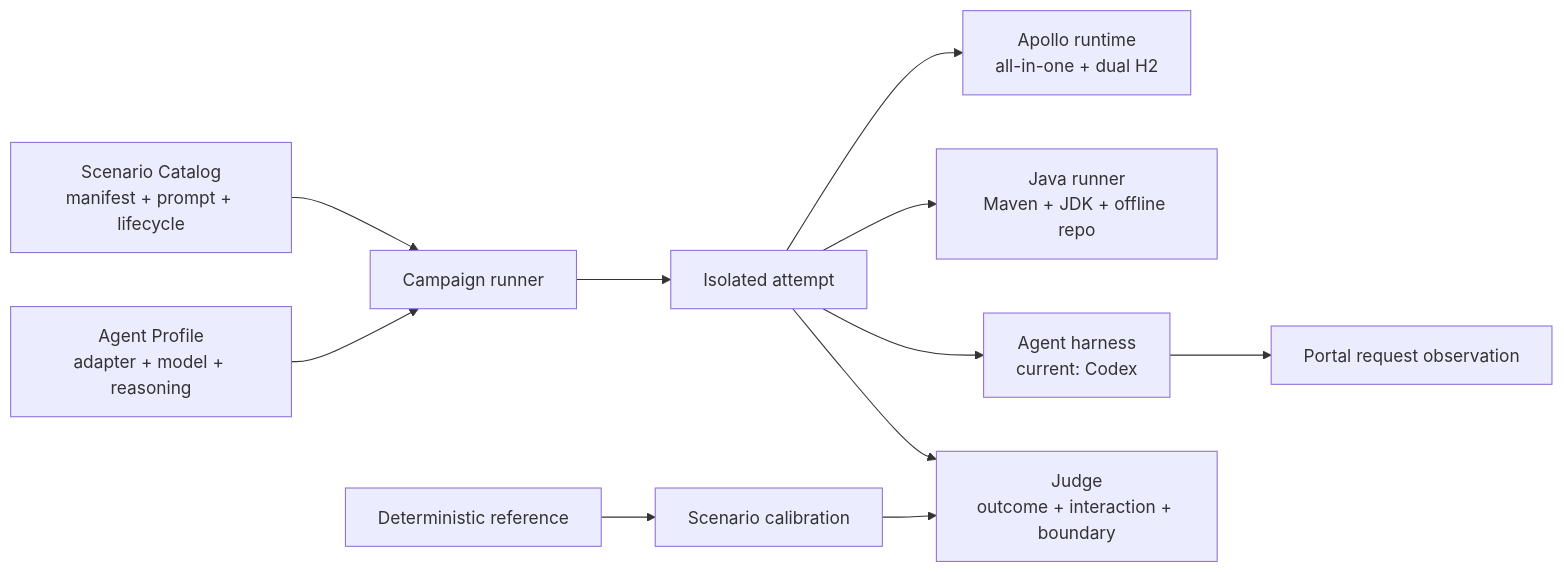
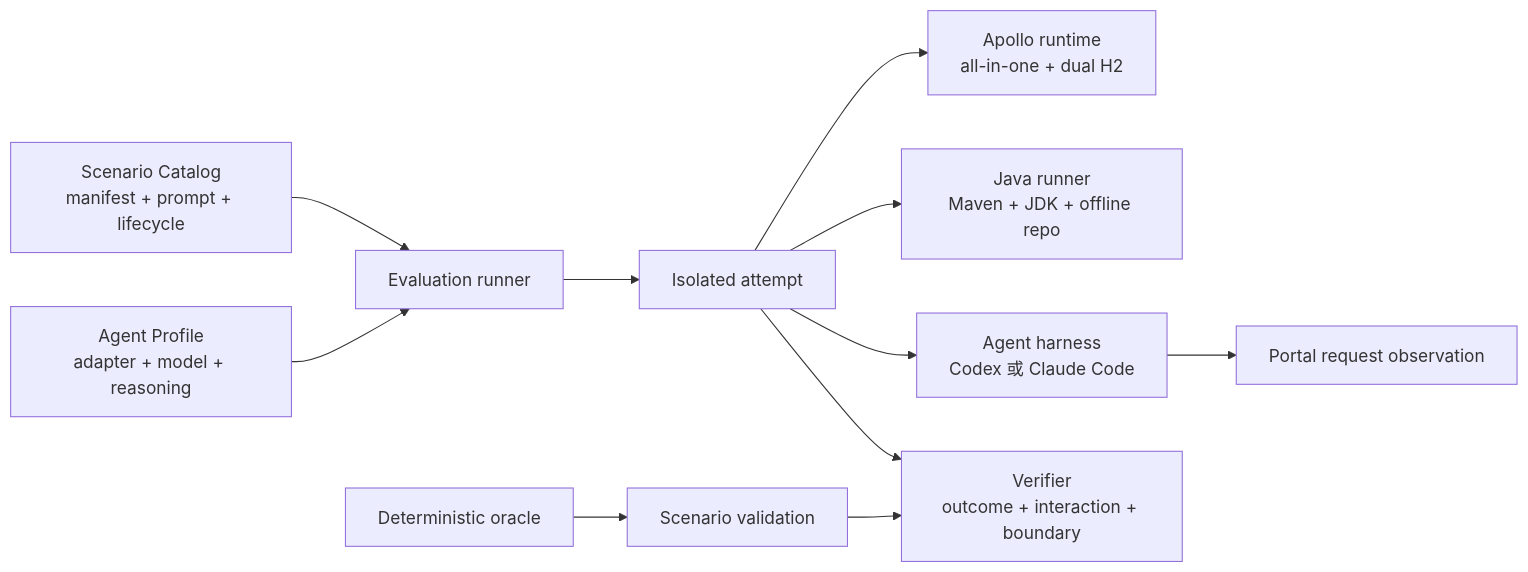
The diagram in README.zh-CN.md (apolloconfig/apollo-evals), drawn with Mermaid before and after one commit. The commit also changed other lines of this file and 61 other files, not shown here.

Commit message:
feat: refactor evals and add Claude Code adapter

````diff
--- a/README.zh-CN.md
+++ b/README.zh-CN.md
@@ -28,13 +30,13 @@
 ```mermaid
 flowchart LR
-  Catalog["Scenario Catalog\nmanifest + prompt + lifecycle"] --> Campaign["Campaign runner"]
-  Profile["Agent Profile\nadapter + model + reasoning"] --> Campaign
-  Campaign --> Attempt["Isolated attempt"]
+  Catalog["Scenario Catalog\nmanifest + prompt + lifecycle"] --> Evaluation["Evaluation runner"]
+  Profile["Agent Profile\nadapter + model + reasoning"] --> Evaluation
+  Evaluation --> Attempt["Isolated attempt"]
   Attempt --> Runtime["Apollo runtime\nall-in-one + dual H2"]
   Attempt --> JavaRunner["Java runner\nMaven + JDK + offline repo"]
-  Attempt --> Agent["Agent harness\ncurrent: Codex"]
+  Attempt --> Agent["Agent harness\nCodex 或 Claude Code"]
   Agent --> Proxy["Portal request observation"]
-  Attempt --> Judge["Judge\noutcome + interaction + boundary"]
-  Reference["Deterministic reference"] --> Calibration["Scenario calibration"]
-  Calibration --> Judge
+  Attempt --> Verifier["Verifier\noutcome + interaction + boundary"]
+  Oracle["Deterministic oracle"] --> Validation["Scenario validation"]
+  Validation --> Verifier
 ```
````
